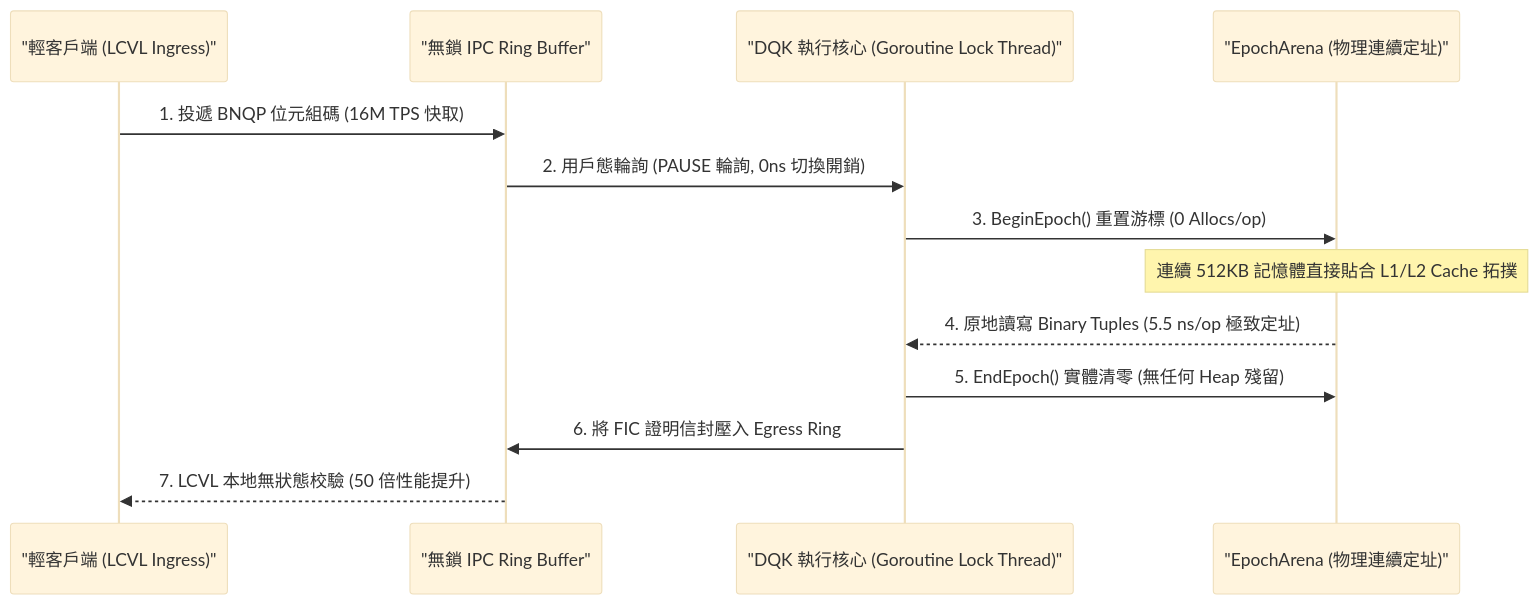
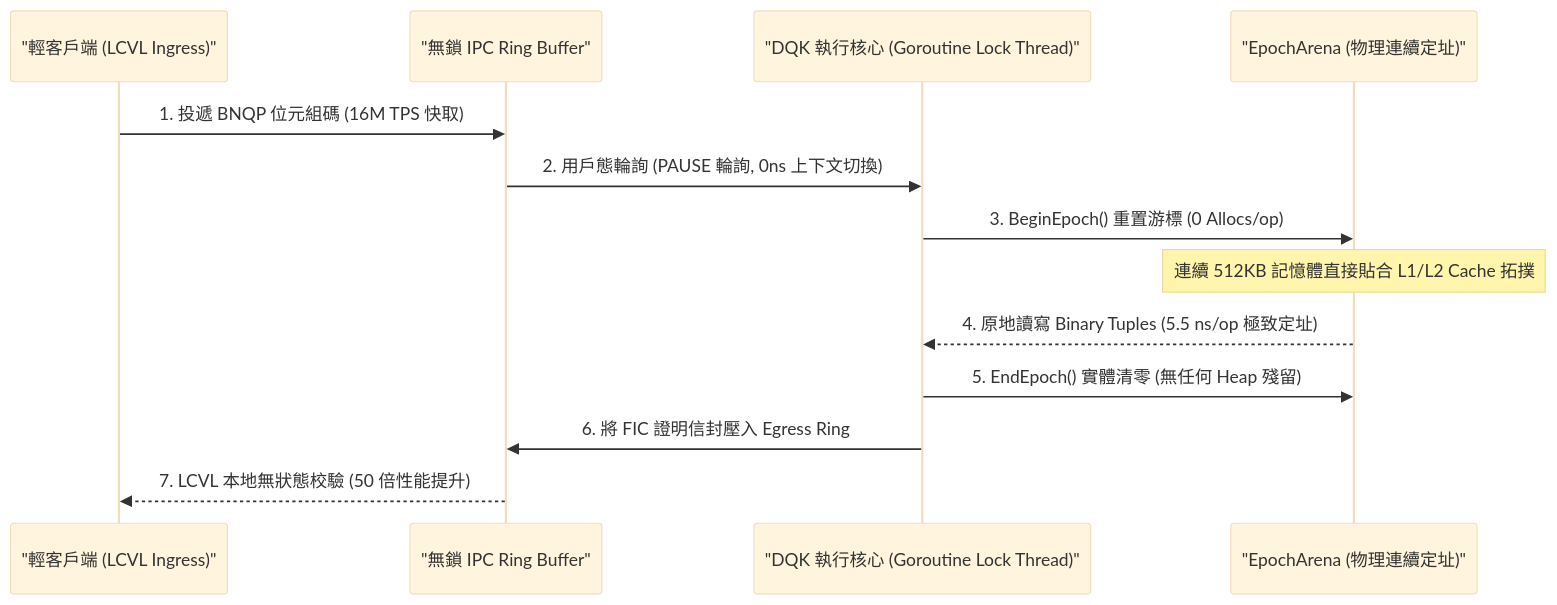
One commit to BearNetwork-BRNKC/BearNetworkChain-Physics-Engine-Canonical-Definition changed the second of 3 diagrams in BNQL‐Counterfactual‐Defense.md. Above: the diagram before and after it, drawn with Mermaid (base theme). The commit also changed other lines of this file, not shown here.

````diff
--- a/BNQL‐Counterfactual‐Defense.md
+++ b/BNQL‐Counterfactual‐Defense.md
@@ -177,16 +190,16 @@
 ```mermaid
 sequenceDiagram
     participant RPC as "輕客戶端 (LCVL Ingress)"
     participant Ring as "無鎖 IPC Ring Buffer"
     participant DQK as "DQK 執行核心 (Goroutine Lock Thread)"
     participant Arena as "EpochArena (物理連續定址)"
 
     RPC->>Ring: 1. 投遞 BNQP 位元組碼 (16M TPS 快取)
-    Ring->>DQK: 2. 用戶態輪詢 (PAUSE 輪詢, 0ns 切換開銷)
+    Ring->>DQK: 2. 用戶態輪詢 (PAUSE 輪詢, 0ns 上下文切換)
     DQK->>Arena: 3. BeginEpoch() 重置游標 (0 Allocs/op)
     Note over Arena: 連續 512KB 記憶體直接貼合 L1/L2 Cache 拓撲
     Arena-->>DQK: 4. 原地讀寫 Binary Tuples (5.5 ns/op 極致定址)
     DQK->>Arena: 5. EndEpoch() 實體清零 (無任何 Heap 殘留)
     DQK->>Ring: 6. 將 FIC 證明信封壓入 Egress Ring
     Ring-->>RPC: 7. LCVL 本地無狀態校驗 (50 倍性能提升)
 ```
````
